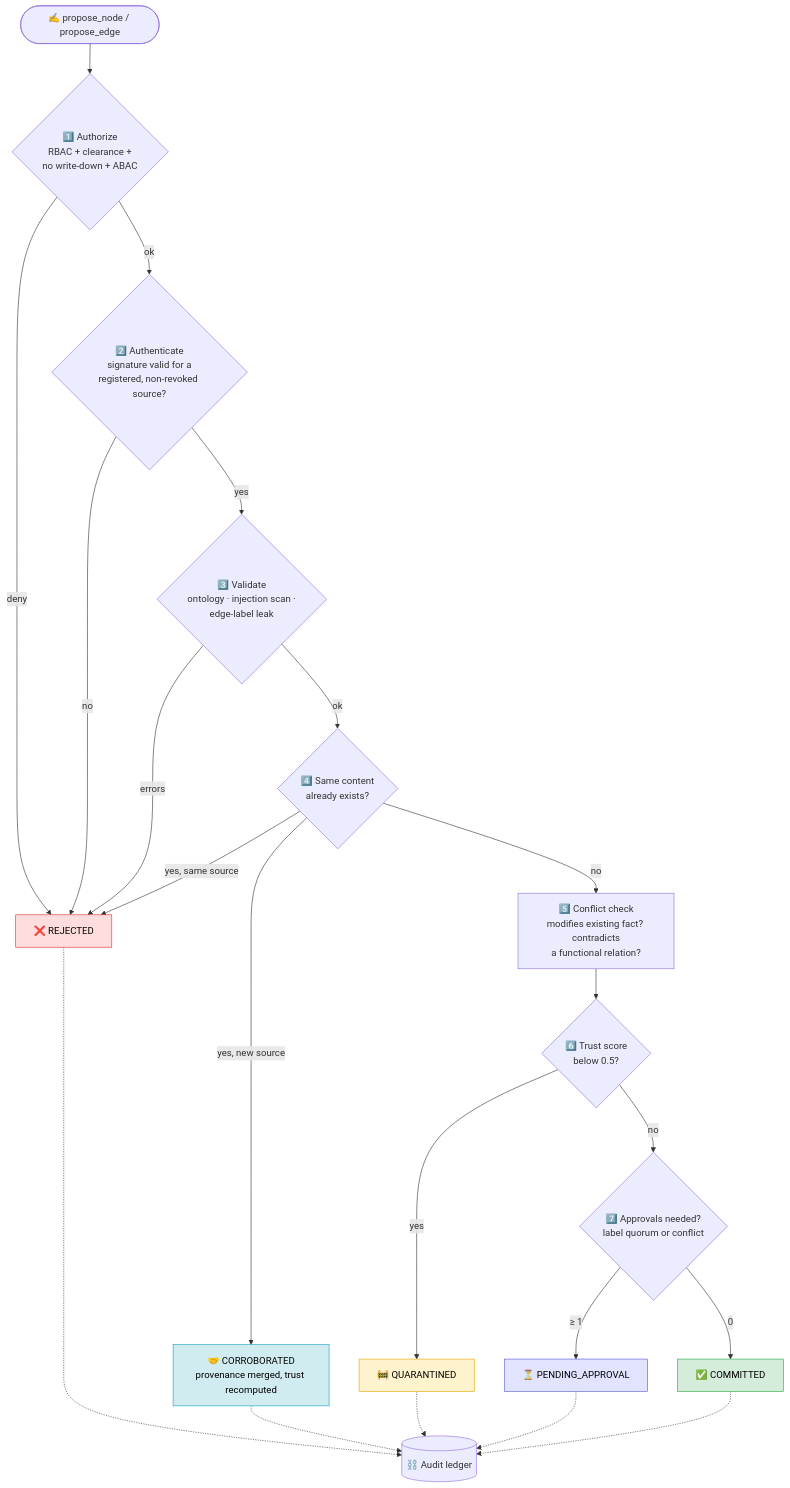
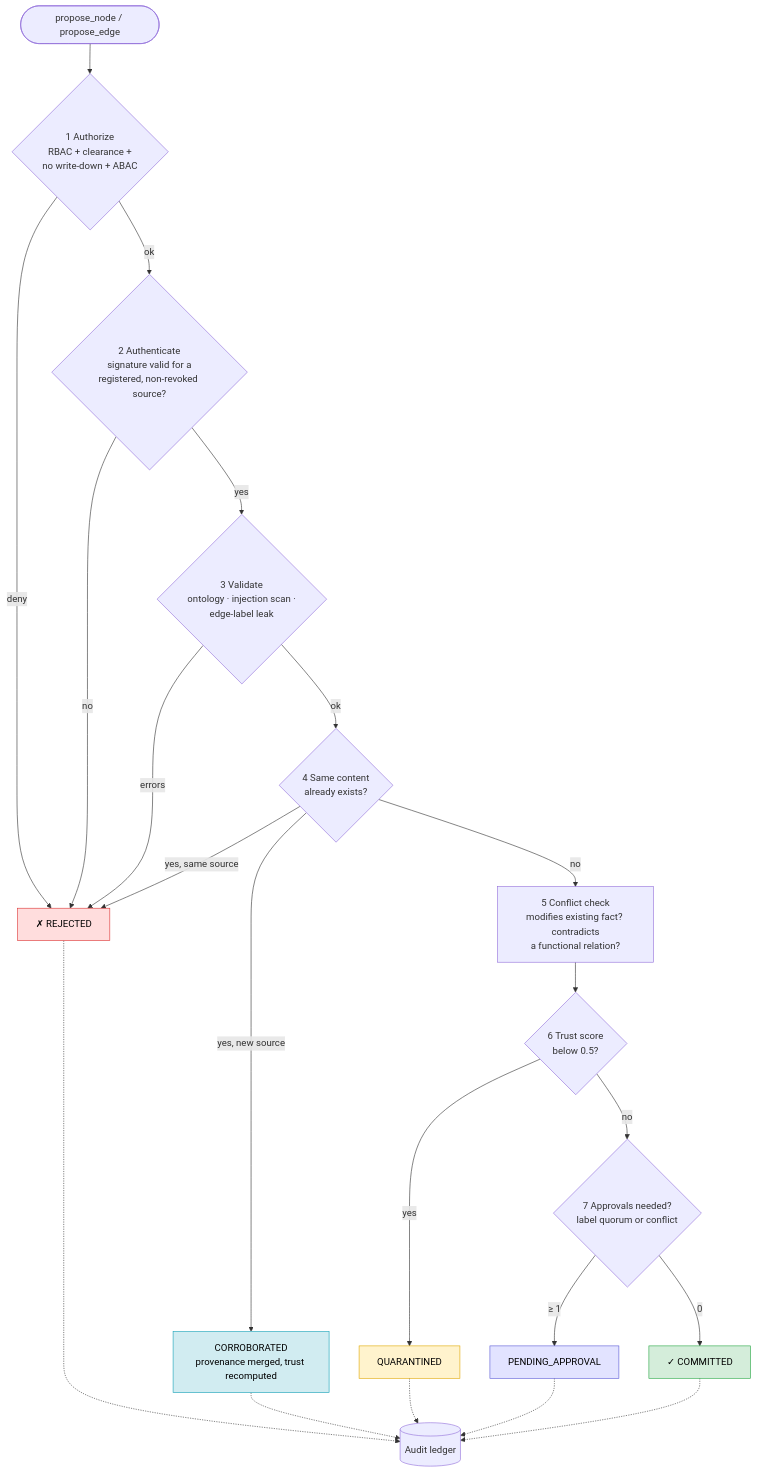
One commit to Prashasthi-18/Secure-Dynamic-Knowledge-Graph changed the second of 14 diagrams in README.md. Above: the diagram before and after it, drawn with Mermaid. The commit also changed other lines of this file and 25 other files, not shown here.

````diff
--- a/README.md
+++ b/README.md
@@ -130,26 +153,26 @@
 ```mermaid
 flowchart TD
-    START(["✍️ propose_node / propose_edge"]) --> S1{"1️⃣ Authorize<br/>RBAC + clearance +<br/>no write-down + ABAC"}
-    S1 -- "deny" --> REJ["❌ REJECTED"]
-    S1 -- "ok" --> S2{"2️⃣ Authenticate<br/>signature valid for a<br/>registered, non-revoked source?"}
+    START(["propose_node / propose_edge"]) --> S1{"1 Authorize<br/>RBAC + clearance +<br/>no write-down + ABAC"}
+    S1 -- "deny" --> REJ["✗ REJECTED"]
+    S1 -- "ok" --> S2{"2 Authenticate<br/>signature valid for a<br/>registered, non-revoked source?"}
     S2 -- "no" --> REJ
-    S2 -- "yes" --> S3{"3️⃣ Validate<br/>ontology · injection scan ·<br/>edge-label leak"}
+    S2 -- "yes" --> S3{"3 Validate<br/>ontology · injection scan ·<br/>edge-label leak"}
     S3 -- "errors" --> REJ
-    S3 -- "ok" --> S4{"4️⃣ Same content<br/>already exists?"}
-    S4 -- "yes, new source" --> COR["🤝 CORROBORATED<br/>provenance merged, trust recomputed"]
+    S3 -- "ok" --> S4{"4 Same content<br/>already exists?"}
+    S4 -- "yes, new source" --> COR["CORROBORATED<br/>provenance merged, trust recomputed"]
     S4 -- "yes, same source" --> REJ
-    S4 -- "no" --> S5["5️⃣ Conflict check<br/>modifies existing fact? contradicts<br/>a functional relation?"]
-    S5 --> S6{"6️⃣ Trust score<br/>below 0.5?"}
-    S6 -- "yes" --> QUA["🚧 QUARANTINED"]
-    S6 -- "no" --> S7{"7️⃣ Approvals needed?<br/>label quorum or conflict"}
-    S7 -- "≥ 1" --> PEN["⏳ PENDING_APPROVAL"]
-    S7 -- "0" --> COM["✅ COMMITTED"]
+    S4 -- "no" --> S5["5 Conflict check<br/>modifies existing fact? contradicts<br/>a functional relation?"]
+    S5 --> S6{"6 Trust score<br/>below 0.5?"}
+    S6 -- "yes" --> QUA["QUARANTINED"]
+    S6 -- "no" --> S7{"7 Approvals needed?<br/>label quorum or conflict"}
+    S7 -- "≥ 1" --> PEN["PENDING_APPROVAL"]
+    S7 -- "0" --> COM["✓ COMMITTED"]
 
-    REJ & COR & QUA & PEN & COM -.-> LED[("⛓️ Audit ledger")]
+    REJ & COR & QUA & PEN & COM -.-> LED[("Audit ledger")]
 
     style REJ fill:#ffdddd,stroke:#d33,color:#000
     style QUA fill:#fff3cd,stroke:#e0a800,color:#000
     style PEN fill:#e2e3ff,stroke:#5a5ad6,color:#000
     style COM fill:#d4edda,stroke:#28a745,color:#000
     style COR fill:#d1ecf1,stroke:#17a2b8,color:#000
 ```
````
